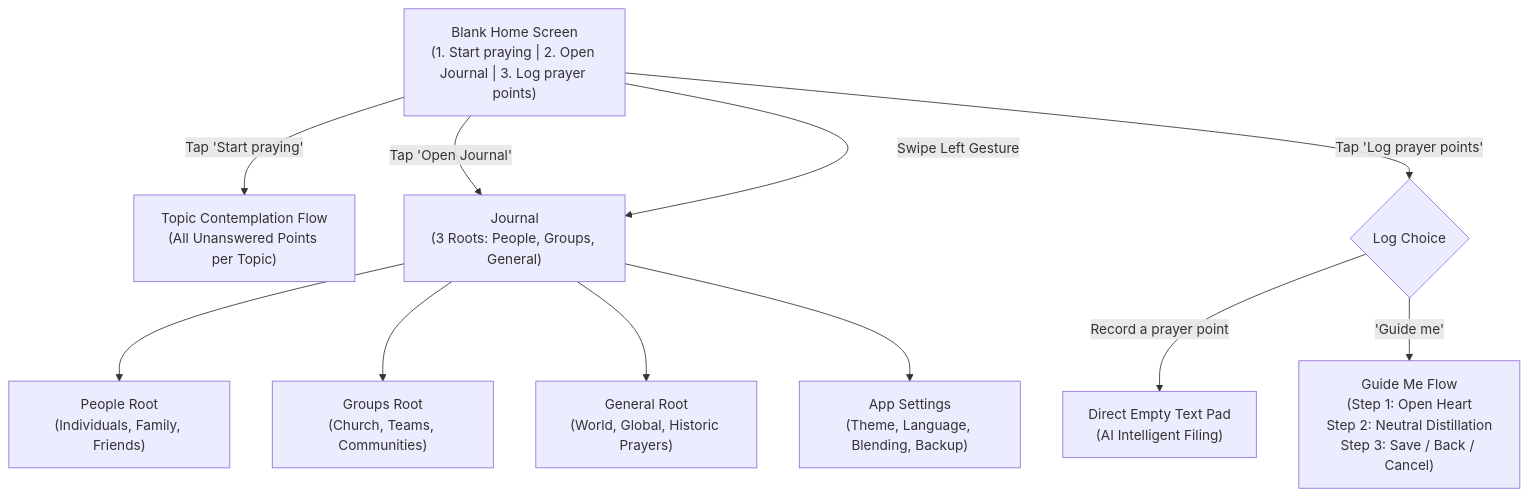
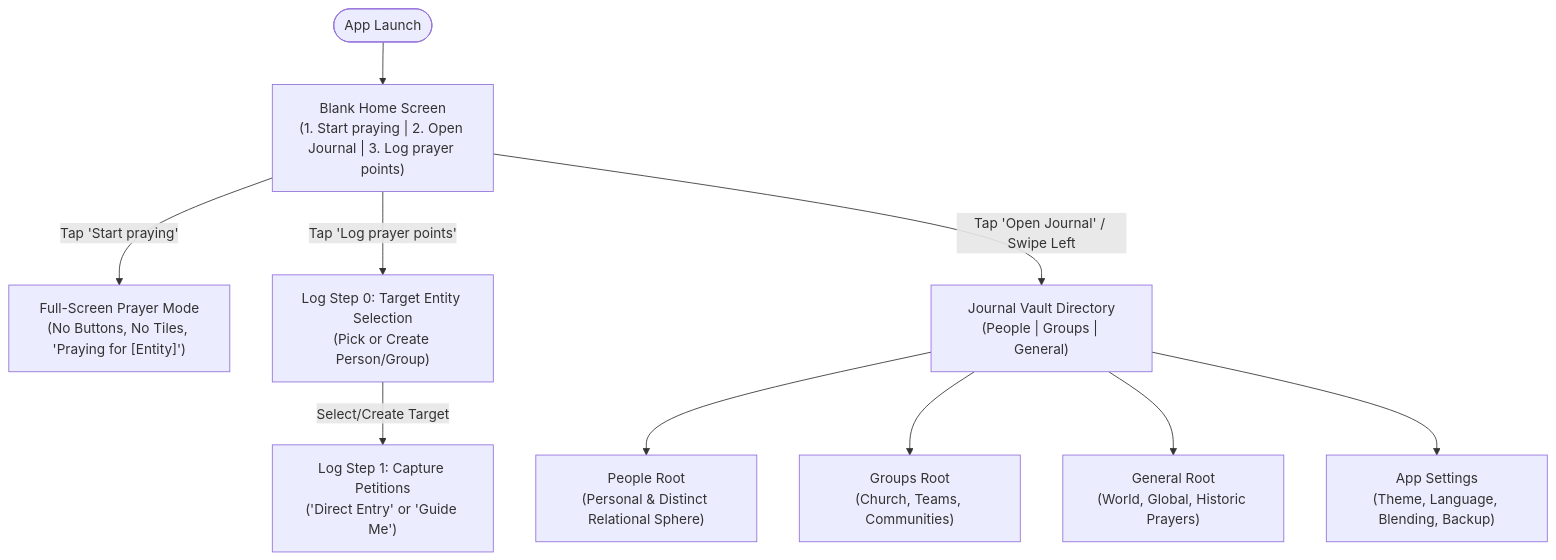
Before and after one commit to iamenianc/Prayer: the first of 3 diagrams in UX.md, drawn with Mermaid. The commit also changed other lines of this file and 4 other files, not shown here.

Commit message:
feat: adopt unofficial app name 'Pray Without Ceasing' and implement full-screen buttonless prayer mode

````diff
--- a/UX.md
+++ b/UX.md
@@ -54,17 +53,13 @@
 ```mermaid
 graph TD
-    Home["Blank Home Screen<br/>(1. Start praying | 2. Open Journal | 3. Log prayer points)"]
+    Launch([App Launch]) --> Home["Blank Home Screen<br/>(1. Start praying | 2. Open Journal | 3. Log prayer points)"]
+    Home -->|"Tap 'Start praying'"| PraySession["Full-Screen Prayer Mode<br/>(No Buttons, No Tiles, 'Praying for [Entity]')"]
+    Home -->|"Tap 'Log prayer points'"| LogStep0["Log Step 0: Target Entity Selection<br/>(Pick or Create Person/Group)"]
+    LogStep0 -->|"Select/Create Target"| LogStep1["Log Step 1: Capture Petitions<br/>('Direct Entry' or 'Guide Me')"]
+    Home -->|"Tap 'Open Journal' / Swipe Left"| Journal["Journal Vault Directory<br/>(People | Groups | General)"]
     
-    Home -->|"Tap 'Start praying'"| PraySession["Topic Contemplation Flow<br/>(All Unanswered Points per Topic)"]
-    Home -->|"Tap 'Open Journal'"| Journal["Journal<br/>(3 Roots: People, Groups, General)"]
-    Home -->|"Tap 'Log prayer points'"| LogChoice{"Log Choice"}
-    Home -->|"Swipe Left Gesture"| Journal
-    
-    LogChoice -->|"Record a prayer point"| DirectCapture["Direct Empty Text Pad<br/>(AI Intelligent Filing)"]
-    LogChoice -->|"'Guide me'"| GuideMeFlow["Guide Me Flow<br/>(Step 1: Open Heart<br/>Step 2: Neutral Distillation<br/>Step 3: Save / Back / Cancel)"]
-    
-    Journal --> PeopleRoot["People Root<br/>(Individuals, Family, Friends)"]
+    Journal --> PeopleRoot["People Root<br/>(Personal & Distinct Relational Sphere)"]
     Journal --> GroupsRoot["Groups Root<br/>(Church, Teams, Communities)"]
     Journal --> GeneralRoot["General Root<br/>(World, Global, Historic Prayers)"]
     Journal --> Settings["App Settings<br/>(Theme, Language, Blending, Backup)"]
 ```
````
